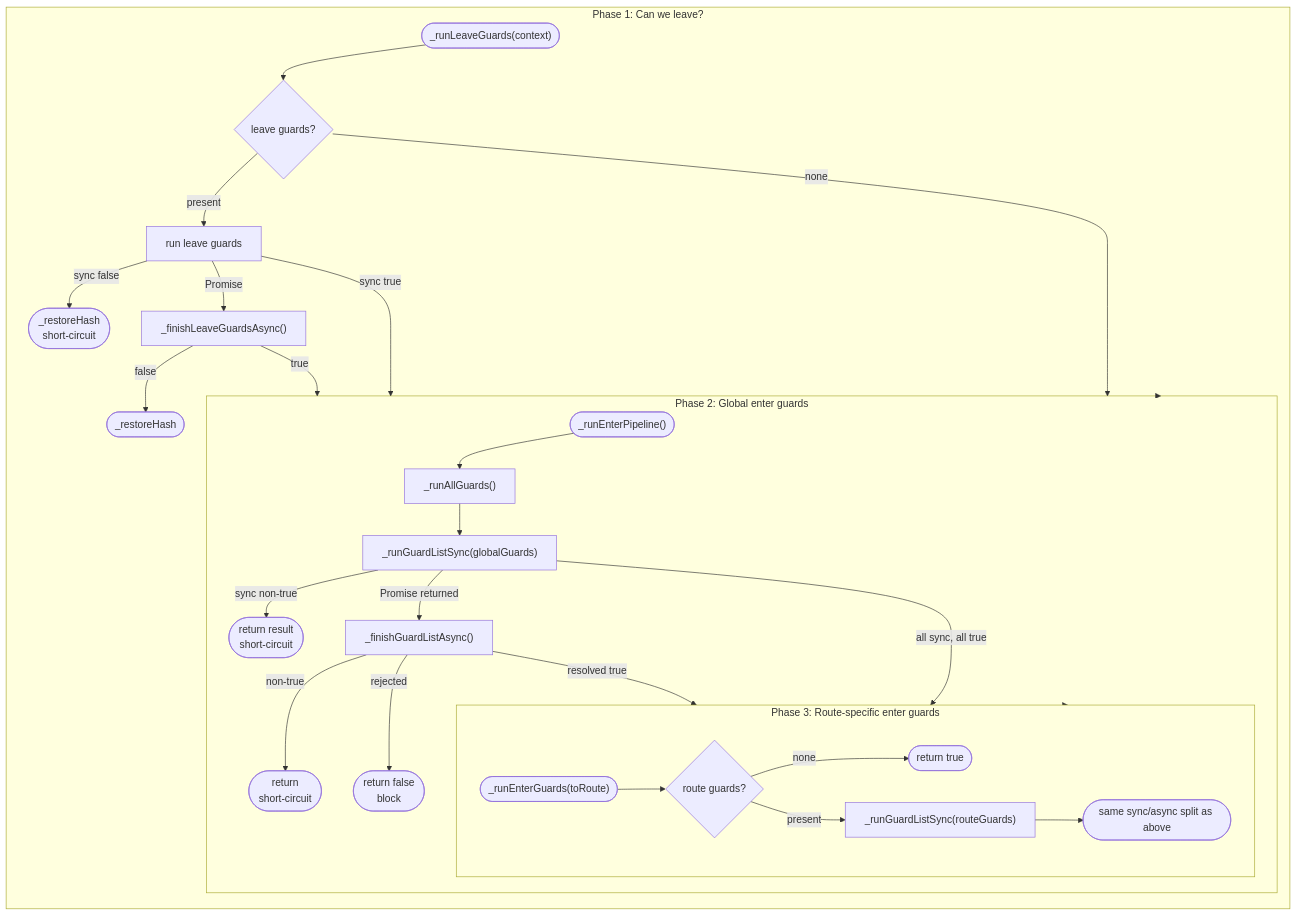
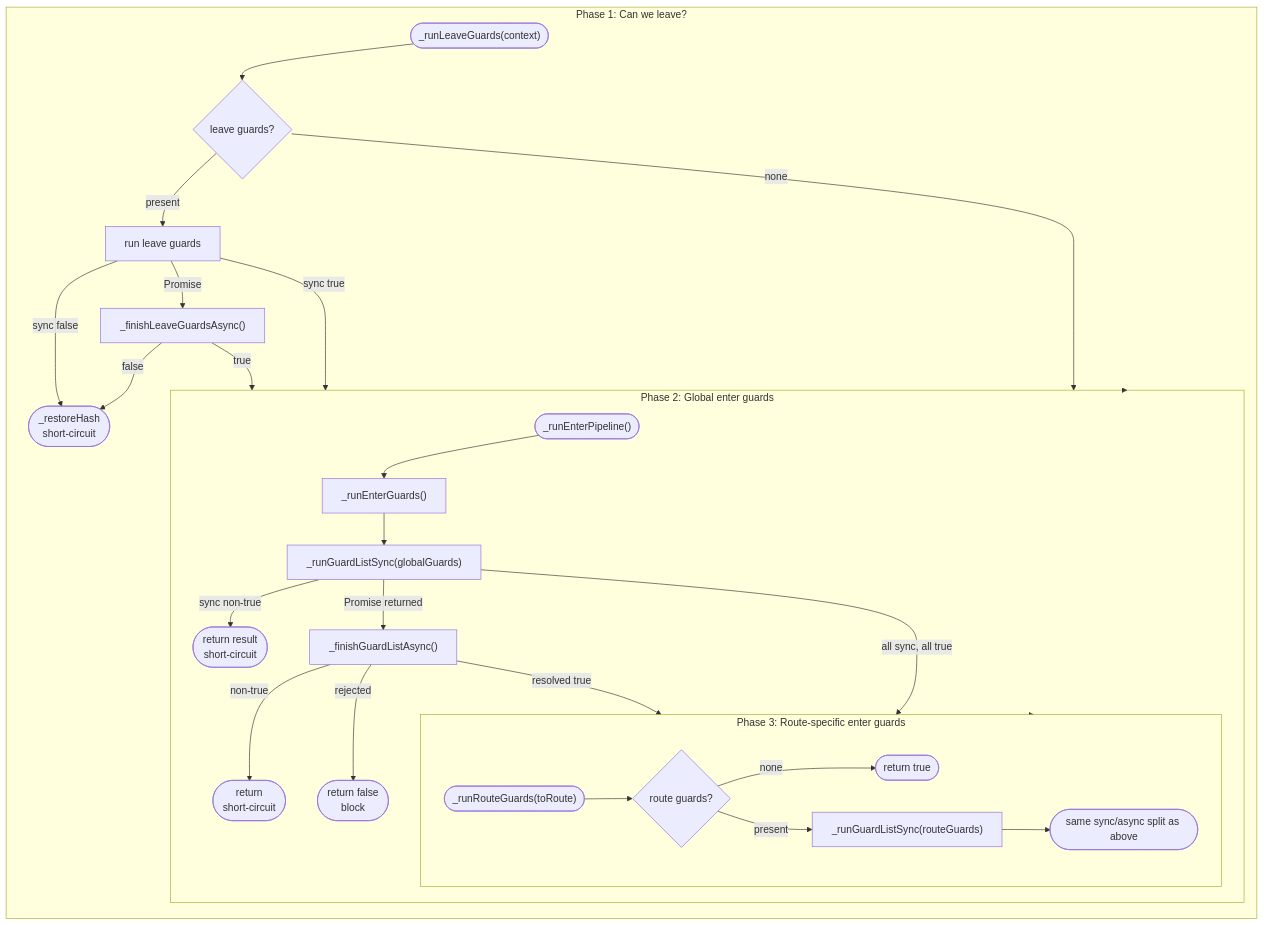
The second of 4 diagrams in docs/architecture.md (wridgeu/ui5-lib-guard-router), drawn with Mermaid before and after one commit. The commit also changed other lines of this file and 4 other files, not shown here.

First line of the commit message:
refactor: rename _runAllGuards/_runEnterGuards for clarity

````diff
--- a/docs/architecture.md
+++ b/docs/architecture.md
@@ -177,34 +177,34 @@
 ```mermaid
 flowchart TD
     subgraph phase1 ["Phase 1: Can we leave?"]
         leave(["_runLeaveGuards(context)"]) --> lcheck{leave guards?}
         lcheck -- none --> phase2
         lcheck -- present --> lrun[run leave guards]
         lrun -- "sync false" --> lblock(["_restoreHash<br/>short-circuit"])
         lrun -- "sync true" --> phase2
         lrun -- Promise --> lfin["_finishLeaveGuardsAsync()"]
-        lfin -- "false" --> lblock2([_restoreHash])
+        lfin -- "false" --> lblock
         lfin -- "true" --> phase2
     end
 
     subgraph phase2 ["Phase 2: Global enter guards"]
-        enter(["_runEnterPipeline()"]) --> allguards["_runAllGuards()"]
+        enter(["_runEnterPipeline()"]) --> allguards["_runEnterGuards()"]
         allguards --> gsync["_runGuardListSync(globalGuards)"]
         gsync -- "all sync, all true" --> phase3
         gsync -- "sync non-true" --> gblock(["return result<br/>short-circuit"])
         gsync -- "Promise returned" --> gfin["_finishGuardListAsync()"]
         gfin -- "resolved true" --> phase3
         gfin -- "non-true" --> gblock2(["return<br/>short-circuit"])
         gfin -- "rejected" --> gblock3(["return false<br/>block"])
     end
 
     subgraph phase3 ["Phase 3: Route-specific enter guards"]
-        renter(["_runEnterGuards(toRoute)"]) --> rcheck{route guards?}
+        renter(["_runRouteGuards(toRoute)"]) --> rcheck{route guards?}
         rcheck -- none --> rtrue([return true])
         rcheck -- present --> rsync["_runGuardListSync(routeGuards)"]
         rsync --> rnote([same sync/async split as above])
     end
 
     phase1 --> phase2
     phase2 --> phase3
 ```
````
